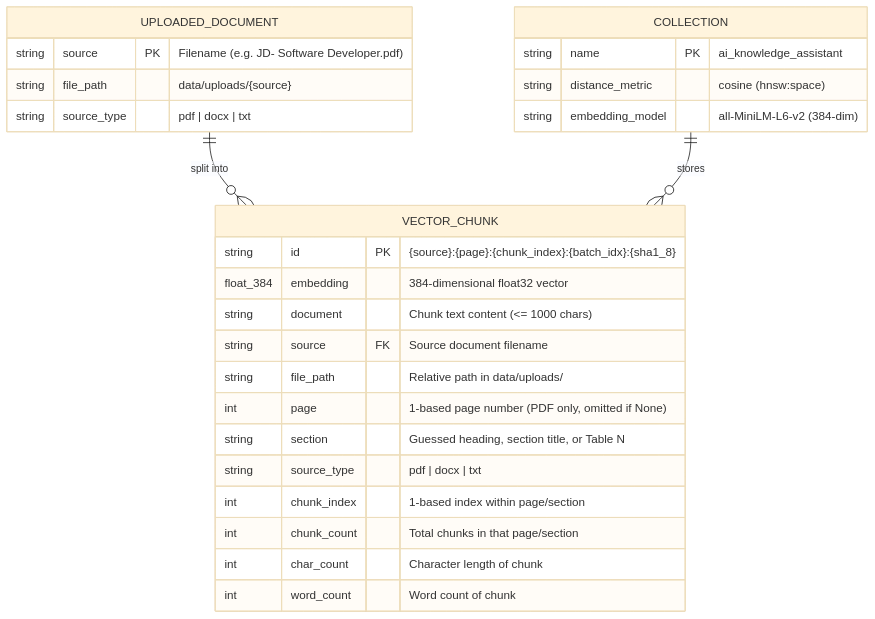
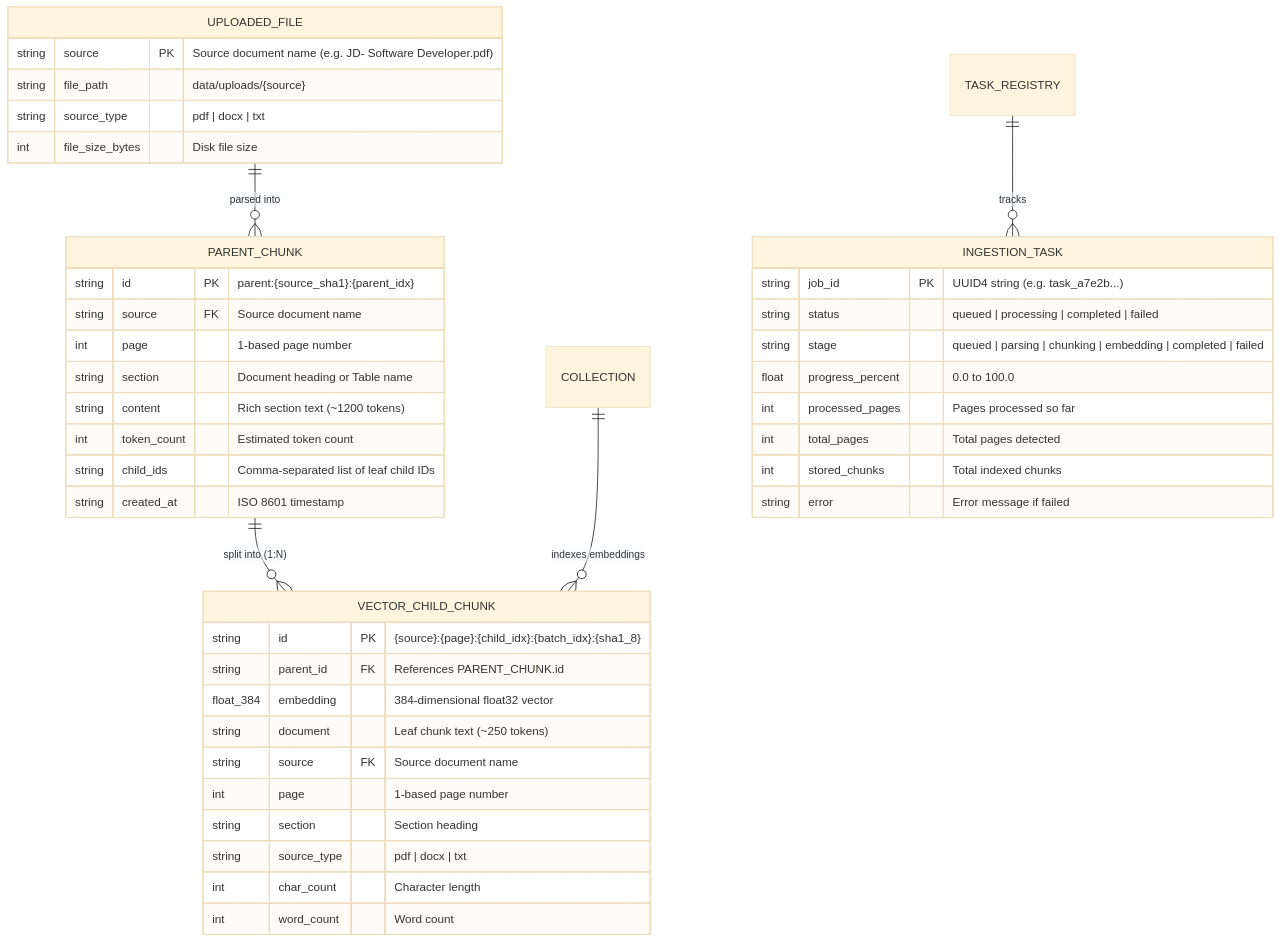
The diagram in docs/database-schema.md (piyushgoel2808/AI-Knowledge-Assistant), drawn with Mermaid (base theme) before and after one commit. The commit also changed other lines of this file and 80 other files, not shown here.

Commit message:
feat: upgrade to production RAG system with async ingestion, layout tables, hierarchical chunking, hybrid search, cross-encoder reranker, query condensation, sentence entailment, and hands-free voice layer

````diff
--- a/docs/database-schema.md
+++ b/docs/database-schema.md
@@ -11,32 +9,49 @@
 ```mermaid
 erDiagram
-    UPLOADED_DOCUMENT ||--o{ VECTOR_CHUNK : "split into"
-    COLLECTION ||--o{ VECTOR_CHUNK : "stores"
+    UPLOADED_FILE ||--o{ PARENT_CHUNK : "parsed into"
+    PARENT_CHUNK ||--o{ VECTOR_CHILD_CHUNK : "split into (1:N)"
+    COLLECTION ||--o{ VECTOR_CHILD_CHUNK : "indexes embeddings"
+    TASK_REGISTRY ||--o{ INGESTION_TASK : "tracks"
 
-    COLLECTION {
-        string name PK "ai_knowledge_assistant"
-        string distance_metric "cosine (hnsw:space)"
-        string embedding_model "all-MiniLM-L6-v2 (384-dim)"
+    UPLOADED_FILE {
+        string source PK "Source document name (e.g. JD- Software Developer.pdf)"
+        string file_path "data/uploads/{source}"
+        string source_type "pdf | docx | txt"
+        int file_size_bytes "Disk file size"
     }
 
-    UPLOADED_DOCUMENT {
-        string source PK "Filename (e.g. JD- Software Developer.pdf)"
-        string file_path "data/uploads/{source}"
-        string source_type "pdf | docx | txt"
+    PARENT_CHUNK {
+        string id PK "parent:{source_sha1}:{parent_idx}"
+        string source FK "Source document name"
+        int page "1-based page number"
+        string section "Document heading or Table name"
+        string content "Rich section text (~1200 tokens)"
+        int token_count "Estimated token count"
+        string child_ids "Comma-separated list of leaf child IDs"
+        string created_at "ISO 8601 timestamp"
     }
 
-    VECTOR_CHUNK {
-        string id PK "{source}:{page}:{chunk_index}:{batch_idx}:{sha1_8}"
+    VECTOR_CHILD_CHUNK {
+        string id PK "{source}:{page}:{child_idx}:{batch_idx}:{sha1_8}"
+        string parent_id FK "References PARENT_CHUNK.id"
         float_384 embedding "384-dimensional float32 vector"
-        string document "Chunk text content (<= 1000 chars)"
-        string source FK "Source document filename"
-        string file_path "Relative path in data/uploads/"
-        int page "1-based page number (PDF only, omitted if None)"
-        string section "Guessed heading, section title, or Table N"
+        string document "Leaf chunk text (~250 tokens)"
+        string source FK "Source document name"
+        int page "1-based page number"
+        string section "Section heading"
         string source_type "pdf | docx | txt"
-        int chunk_index "1-based index within page/section"
-        int chunk_count "Total chunks in that page/section"
-        int char_count "Character length of chunk"
-        int word_count "Word count of chunk"
+        int char_count "Character length"
+        int word_count "Word count"
+    }
+
+    INGESTION_TASK {
+        string job_id PK "UUID4 string (e.g. task_a7e2b...)"
+        string status "queued | processing | completed | failed"
+        string stage "queued | parsing | chunking | embedding | completed | failed"
+        float progress_percent "0.0 to 100.0"
+        int processed_pages "Pages processed so far"
+        int total_pages "Total pages detected"
+        int stored_chunks "Total indexed chunks"
+        string error "Error message if failed"
     }
 ```
````
